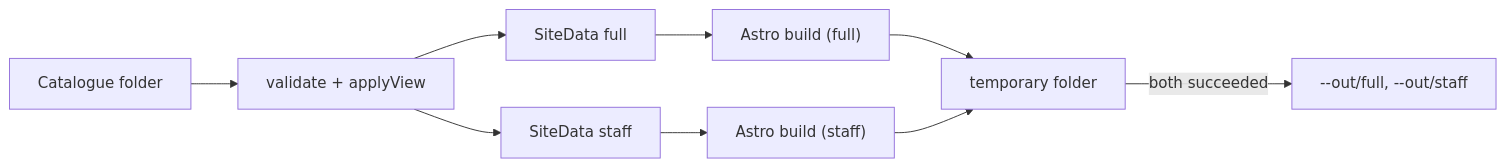
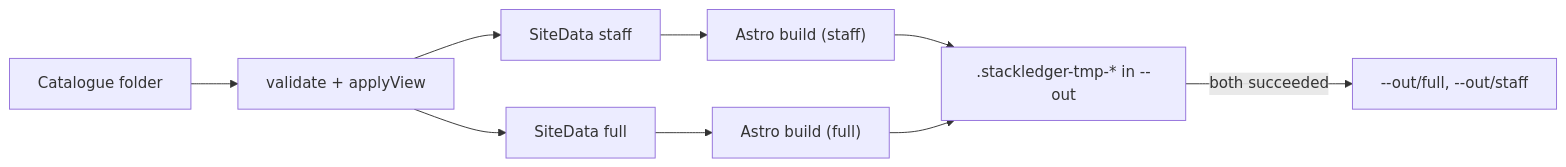
One commit to brunosouzas/stackledger changed the diagram in openspec/changes/catalogue-site/design.md. Above: the diagram before and after it, drawn with Mermaid. The commit also changed other lines of this file and 8 other files, not shown here.

Commit message:
spec: catalogue-site review 1 (relative URLs, no inline code, Astro working copy, atomic replace)

````diff
--- a/openspec/changes/catalogue-site/design.md
+++ b/openspec/changes/catalogue-site/design.md
@@ -17,11 +19,11 @@
 ```mermaid
 flowchart LR
     folder["Catalogue folder"] --> views["validate + applyView"]
-    views --> full["SiteData full"]
-    views --> staff["SiteData staff"]
-    full --> astroF["Astro build (full)"]
-    staff --> astroS["Astro build (staff)"]
-    astroF --> tmp["temporary folder"]
-    astroS --> tmp
+    views --> staffData["SiteData staff"]
+    views --> fullData["SiteData full"]
+    staffData --> astroS["Astro build (staff)"]
+    fullData --> astroF["Astro build (full)"]
+    astroS --> tmp[".stackledger-tmp-* in --out"]
+    astroF --> tmp
     tmp -->|both succeeded| out["--out/full, --out/staff"]
 ```
````
